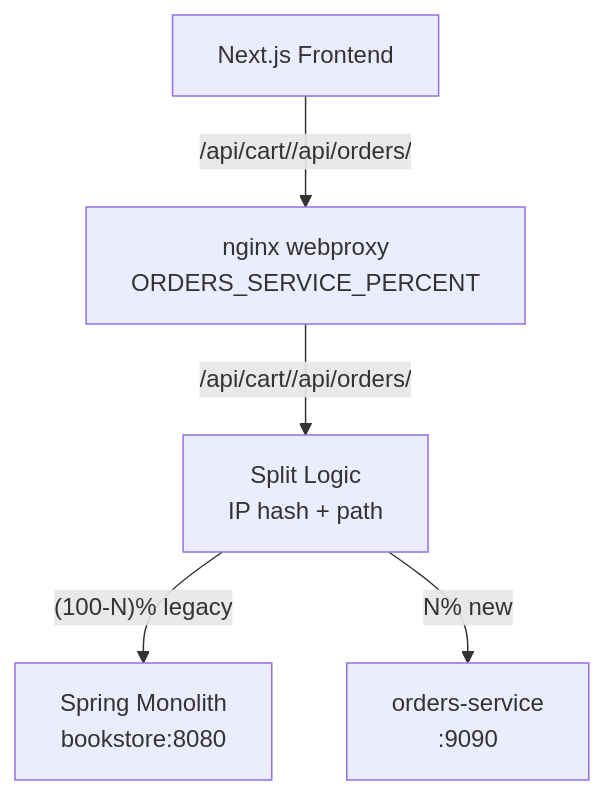
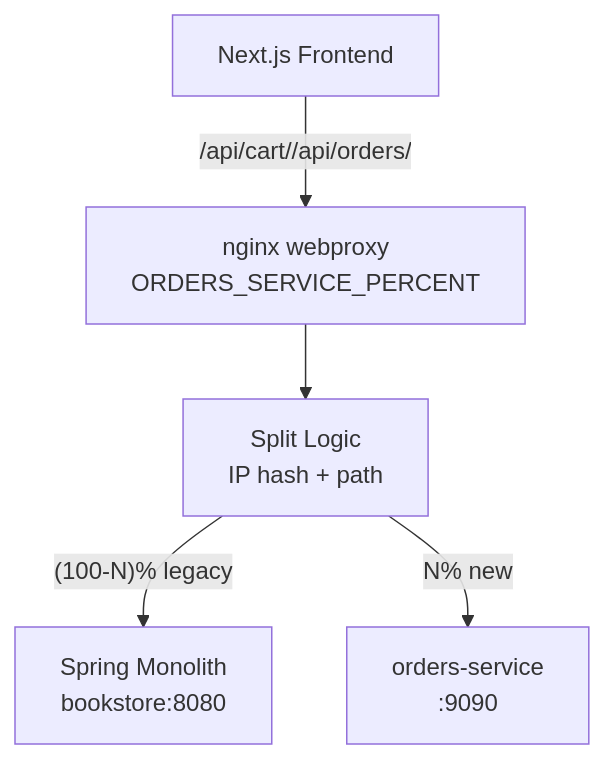
Before and after one commit to philipz/spring-modular-monolith: the second of 4 diagrams in docs/deepwiki/Traffic-Migration-Strategy.md, drawn with Mermaid. The commit also changed other lines of this file and 32 other files, not shown here.

````diff
--- a/docs/deepwiki/Traffic-Migration-Strategy.md
+++ b/docs/deepwiki/Traffic-Migration-Strategy.md
@@ -54,14 +54,14 @@
 ```mermaid
 flowchart TD
 
 Client["Next.js Frontend"]
 Nginx["nginx webproxy<br>ORDERS_SERVICE_PERCENT"]
 Decision["Split Logic<br>IP hash + path"]
 Monolith["Spring Monolith<br>bookstore:8080"]
 OrdersSvc["orders-service<br>:9090"]
 
 Client -->|"/api/cart//api/orders/"| Nginx
-Nginx -->|"/api/cart//api/orders/"| Decision
+Nginx --> Decision
 Decision -->|"(100-N)% legacy"| Monolith
 Decision -->|"N% new"| OrdersSvc
 ```
````
